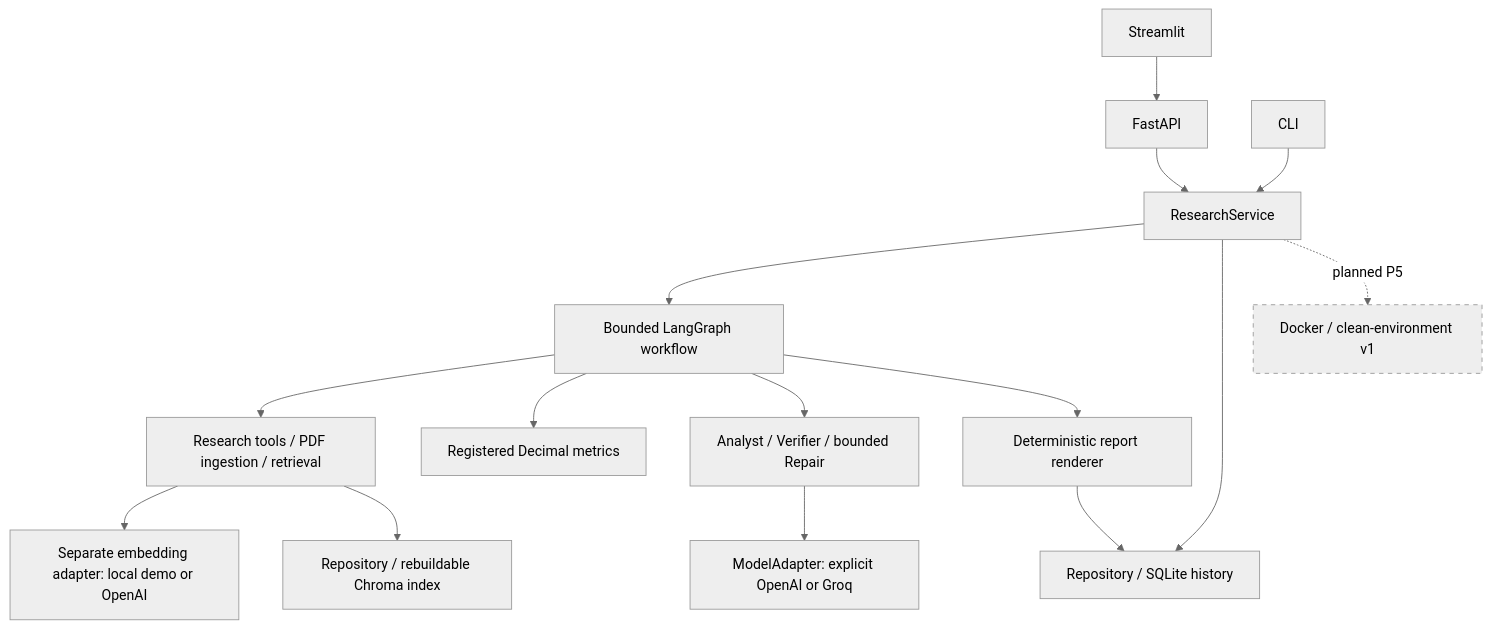
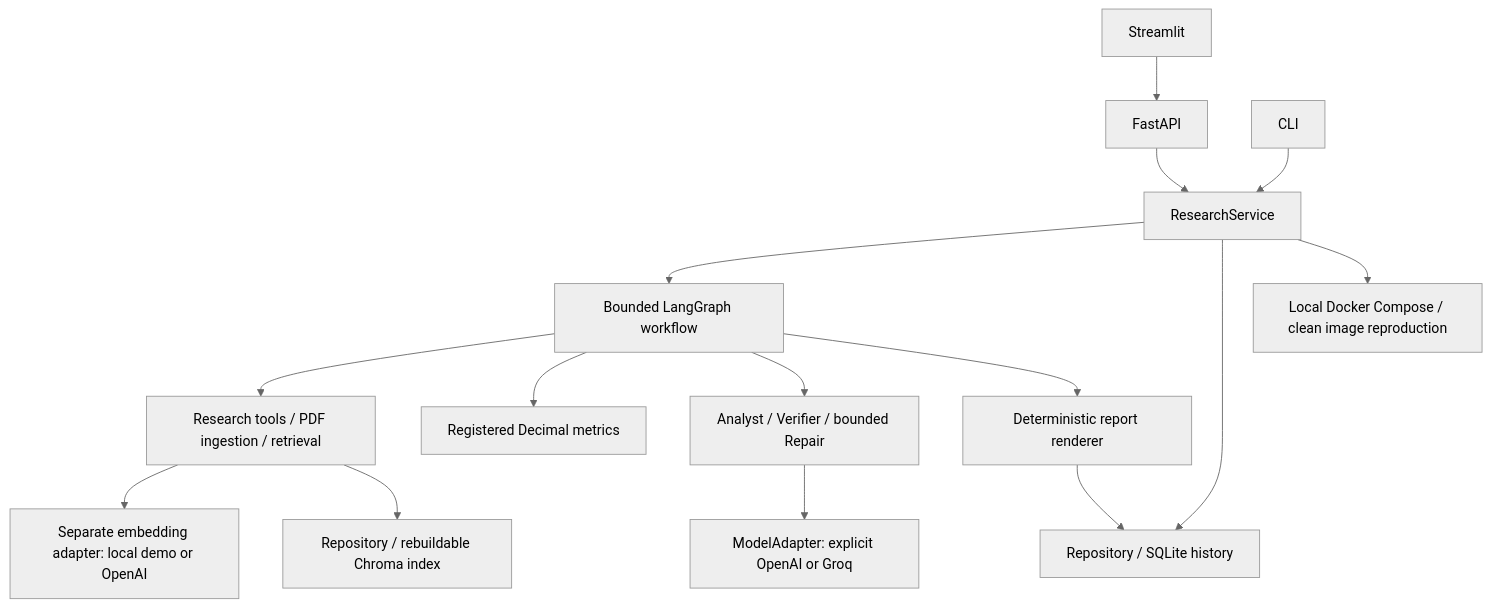
The diagram in README.md (xcai-xinyu/RiskLens), drawn with Mermaid (neutral theme) before and after one commit. The commit also changed other lines of this file and 107 other files, not shown here.

````diff
--- a/README.md
+++ b/README.md
@@ -31,18 +34,17 @@
 ```mermaid
 flowchart TD
     UI[Streamlit] --> API[FastAPI]
     API --> S[ResearchService]
     CLI[CLI] --> S
     S --> G[Bounded LangGraph workflow]
     G --> R[Research tools / PDF ingestion / retrieval]
     G --> M[Registered Decimal metrics]
     G --> V[Analyst / Verifier / bounded Repair]
     V --> A[ModelAdapter: explicit OpenAI or Groq]
     R --> E[Separate embedding adapter: local demo or OpenAI]
     G --> F[Deterministic report renderer]
     S --> DB[Repository / SQLite history]
     R --> IDX[Repository / rebuildable Chroma index]
     F --> DB
-    S -. planned P5 .-> D[Docker / clean-environment v1]
-    style D stroke-dasharray: 5 5
+    S --> D[Local Docker Compose / clean image reproduction]
 ```
````
